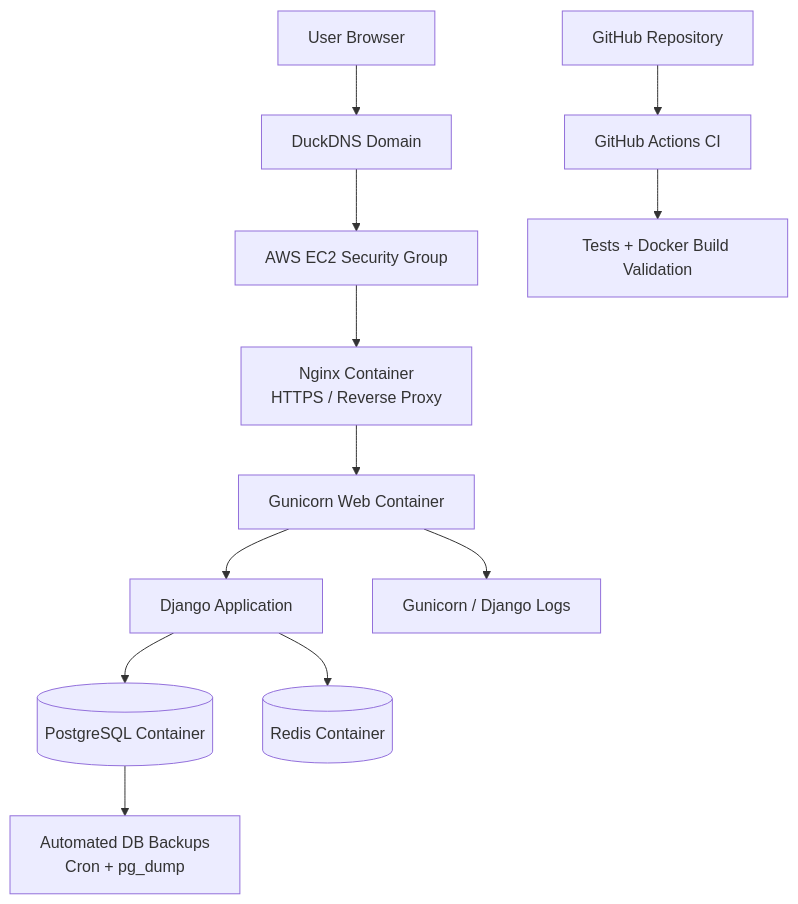
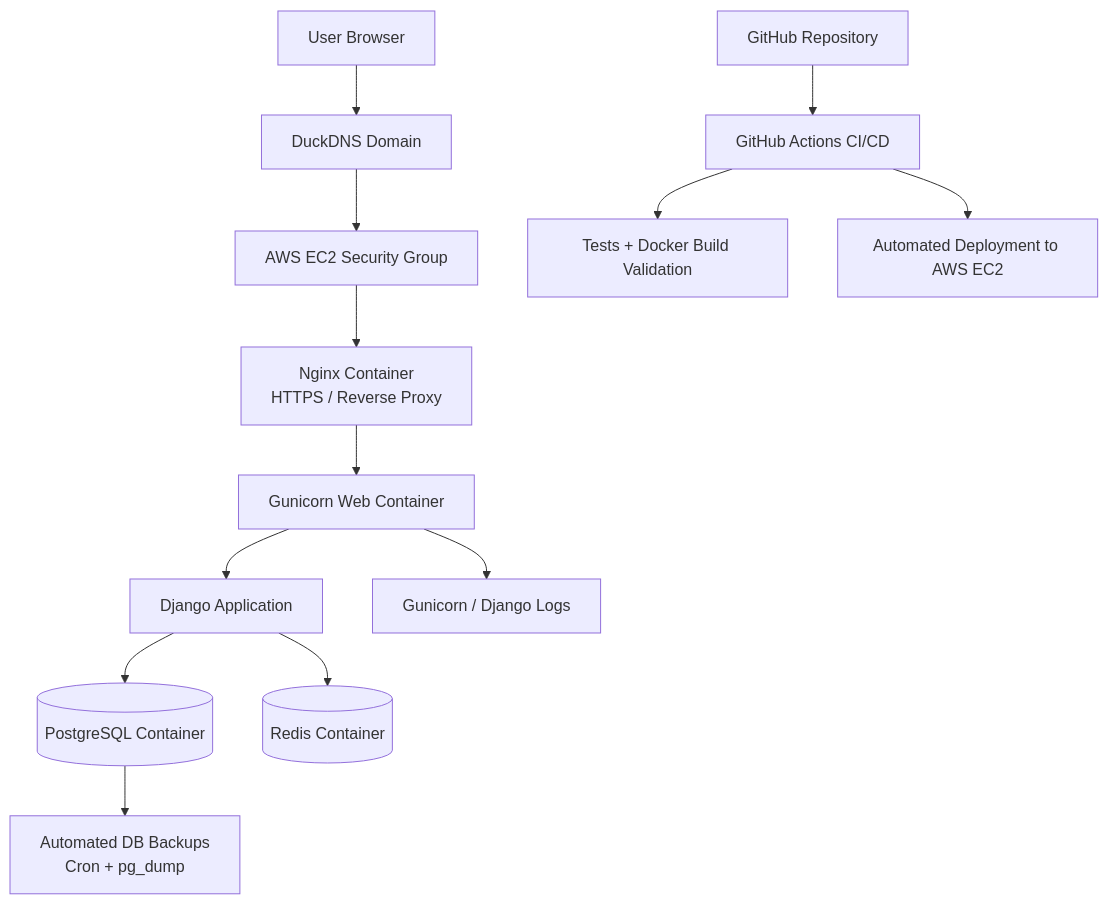
Before and after one commit to Wilm12/Sundowns_app: the diagram in README.md, drawn with Mermaid. The commit also changed other lines of this file, not shown here.

Commit message:
Test automated deployment

````diff
--- a/README.md
+++ b/README.md
@@ -315,14 +365,15 @@
 ```mermaid
 flowchart TD
     User[User Browser] --> DNS[DuckDNS Domain]
     DNS --> SG[AWS EC2 Security Group]
     SG --> Nginx[Nginx Container<br/>HTTPS / Reverse Proxy]
     Nginx --> Gunicorn[Gunicorn Web Container]
     Gunicorn --> Django[Django Application]
     Django --> Postgres[(PostgreSQL Container)]
     Django --> Redis[(Redis Container)]
     Gunicorn --> Logs[Gunicorn / Django Logs]
     Postgres --> Backup[Automated DB Backups<br/>Cron + pg_dump]
-    GitHub[GitHub Repository] --> Actions[GitHub Actions CI]
+    GitHub[GitHub Repository] --> Actions[GitHub Actions CI/CD]
     Actions --> Tests[Tests + Docker Build Validation]
+    Actions --> Deploy[Automated Deployment to AWS EC2]
 ```
````
